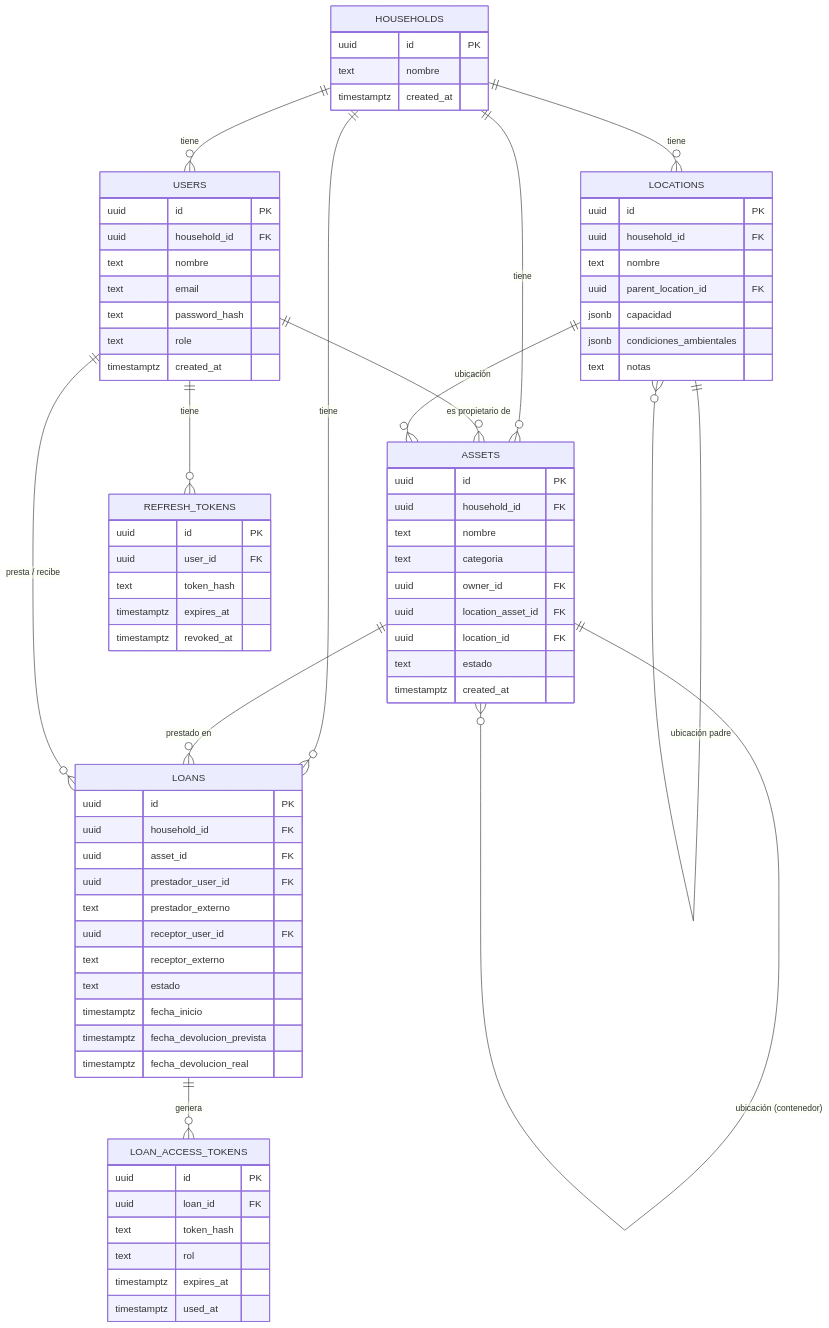
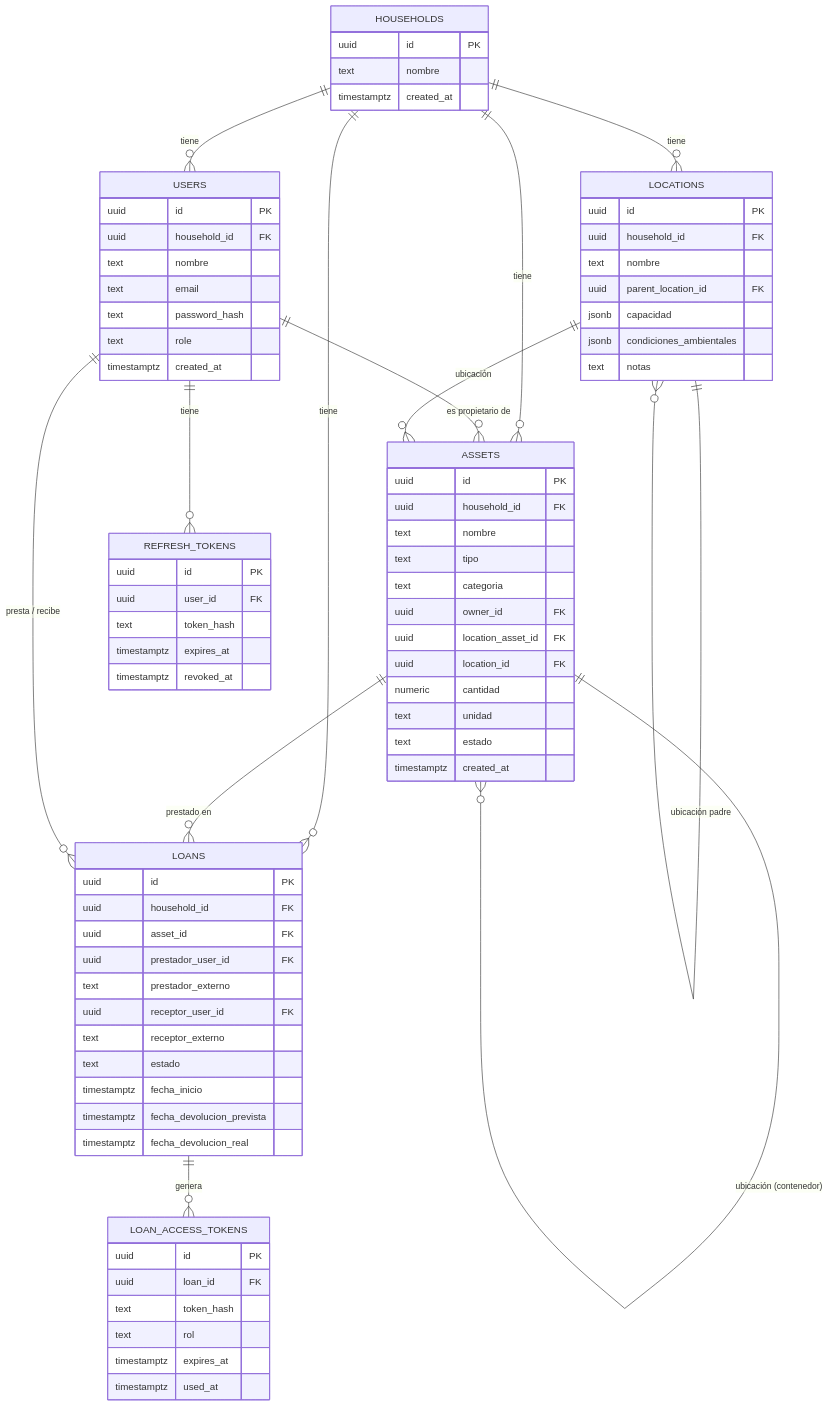
One commit to kikescribano/domestic_resource_planning changed the seventh of 8 diagrams in README.md. Above: the diagram before and after it, drawn with Mermaid. The commit also changed other lines of this file and 1 other file, not shown here.

````diff
--- a/README.md
+++ b/README.md
@@ -431,78 +482,81 @@
 ```mermaid
 erDiagram
     HOUSEHOLDS ||--o{ USERS : "tiene"
     HOUSEHOLDS ||--o{ ASSETS : "tiene"
     HOUSEHOLDS ||--o{ LOCATIONS : "tiene"
     HOUSEHOLDS ||--o{ LOANS : "tiene"
     USERS ||--o{ ASSETS : "es propietario de"
     ASSETS ||--o{ ASSETS : "ubicación (contenedor)"
     LOCATIONS ||--o{ LOCATIONS : "ubicación padre"
     LOCATIONS ||--o{ ASSETS : "ubicación"
     ASSETS ||--o{ LOANS : "prestado en"
     USERS ||--o{ LOANS : "presta / recibe"
     LOANS ||--o{ LOAN_ACCESS_TOKENS : "genera"
     USERS ||--o{ REFRESH_TOKENS : "tiene"
 
     HOUSEHOLDS {
         uuid id PK
         text nombre
         timestamptz created_at
     }
     USERS {
         uuid id PK
         uuid household_id FK
         text nombre
         text email
         text password_hash
         text role
         timestamptz created_at
     }
     ASSETS {
         uuid id PK
         uuid household_id FK
         text nombre
+        text tipo
         text categoria
         uuid owner_id FK
         uuid location_asset_id FK
         uuid location_id FK
+        numeric cantidad
+        text unidad
         text estado
         timestamptz created_at
     }
     LOCATIONS {
         uuid id PK
         uuid household_id FK
         text nombre
         uuid parent_location_id FK
         jsonb capacidad
         jsonb condiciones_ambientales
         text notas
     }
     LOANS {
         uuid id PK
         uuid household_id FK
         uuid asset_id FK
         uuid prestador_user_id FK
         text prestador_externo
         uuid receptor_user_id FK
         text receptor_externo
         text estado
         timestamptz fecha_inicio
         timestamptz fecha_devolucion_prevista
         timestamptz fecha_devolucion_real
     }
     LOAN_ACCESS_TOKENS {
         uuid id PK
         uuid loan_id FK
         text token_hash
         text rol
         timestamptz expires_at
         timestamptz used_at
     }
     REFRESH_TOKENS {
         uuid id PK
         uuid user_id FK
         text token_hash
         timestamptz expires_at
         timestamptz revoked_at
     }
 ```
````
